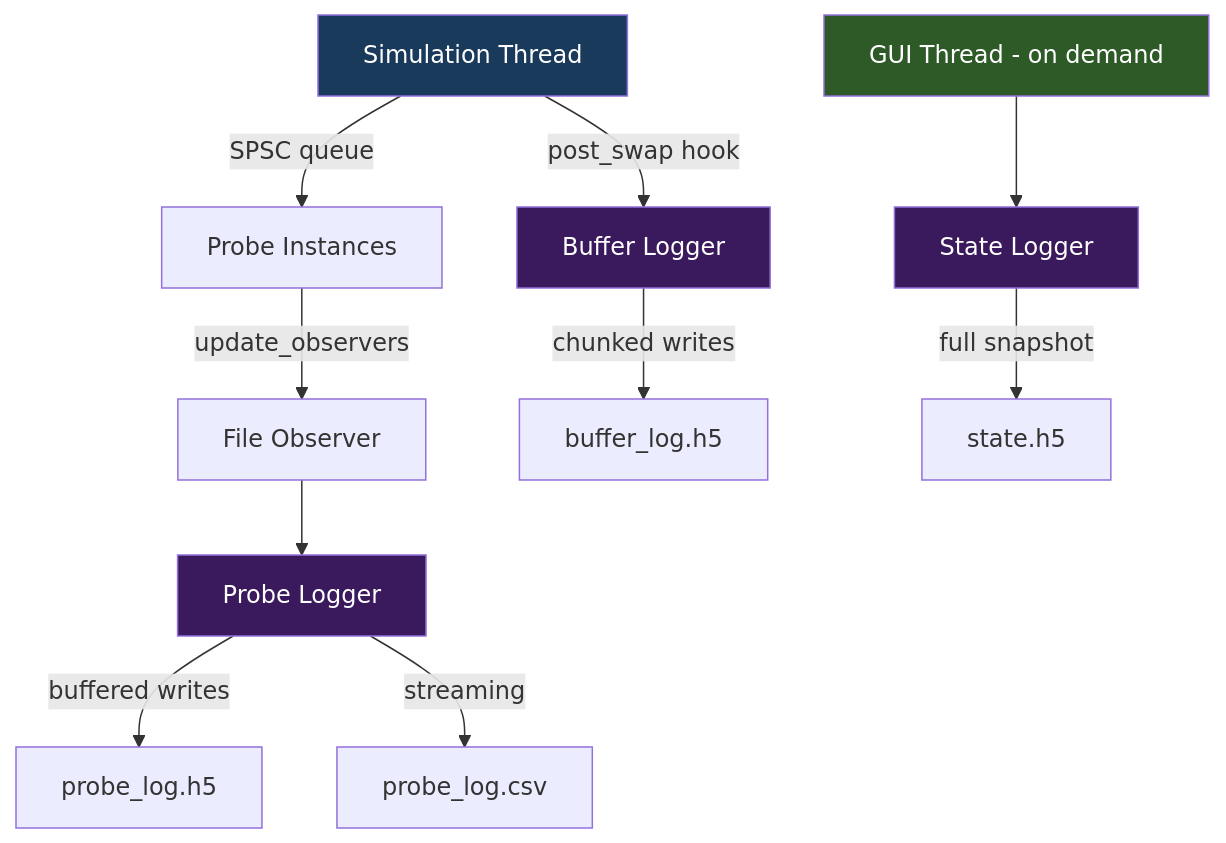
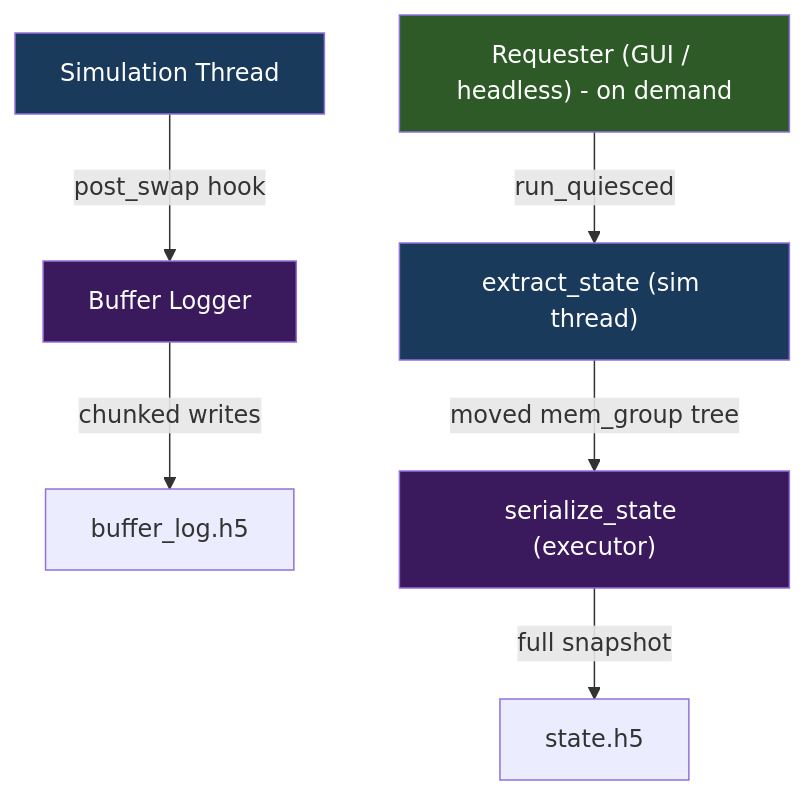
The diagram in docs/content/data-flow/logging-pipeline.md (policecar/coast), drawn with Mermaid before and after one commit. The commit also changed other lines of this file and 929 other files, not shown here.

````diff
--- a/docs/content/data-flow/logging-pipeline.md
+++ b/docs/content/data-flow/logging-pipeline.md
@@ -12,20 +14,16 @@
 ```mermaid
 graph TD
     SimThread["Simulation Thread"] --> |post_swap hook| BL["Buffer Logger"]
-    SimThread --> |SPSC queue| ProbeInst["Probe Instances"]
-    ProbeInst --> |update_observers| FO["File Observer"]
-    FO --> PL["Probe Logger"]
 
     BL --> |chunked writes| HDF5_BL["buffer_log.h5"]
-    PL --> |buffered writes| HDF5_PL["probe_log.h5"]
-    PL --> |streaming| CSV["probe_log.csv"]
 
-    GUIThread["GUI Thread - on demand"] --> SL["State Logger"]
-    SL --> |full snapshot| HDF5_ST["state.h5"]
+    GUIThread["Requester (GUI / headless) - on demand"] --> |run_quiesced| EX["extract_state (sim thread)"]
+    EX --> |moved mem_group tree| SER["serialize_state (executor)"]
+    SER --> |full snapshot| HDF5_ST["state.h5"]
 
     style SimThread fill:#1a3a5c,color:#fff
     style GUIThread fill:#2d5a27,color:#fff
+    style EX fill:#1a3a5c,color:#fff
+    style SER fill:#3a1a5c,color:#fff
     style BL fill:#3a1a5c,color:#fff
-    style PL fill:#3a1a5c,color:#fff
-    style SL fill:#3a1a5c,color:#fff
 ```
````
